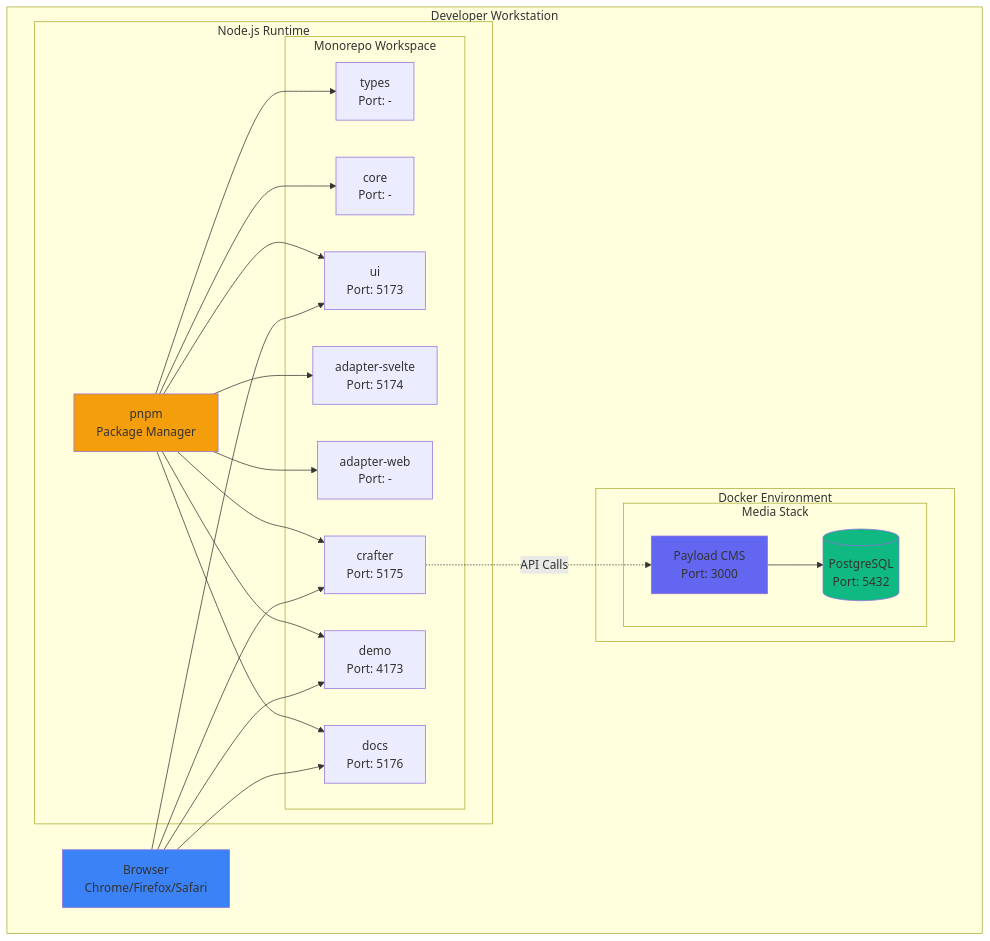
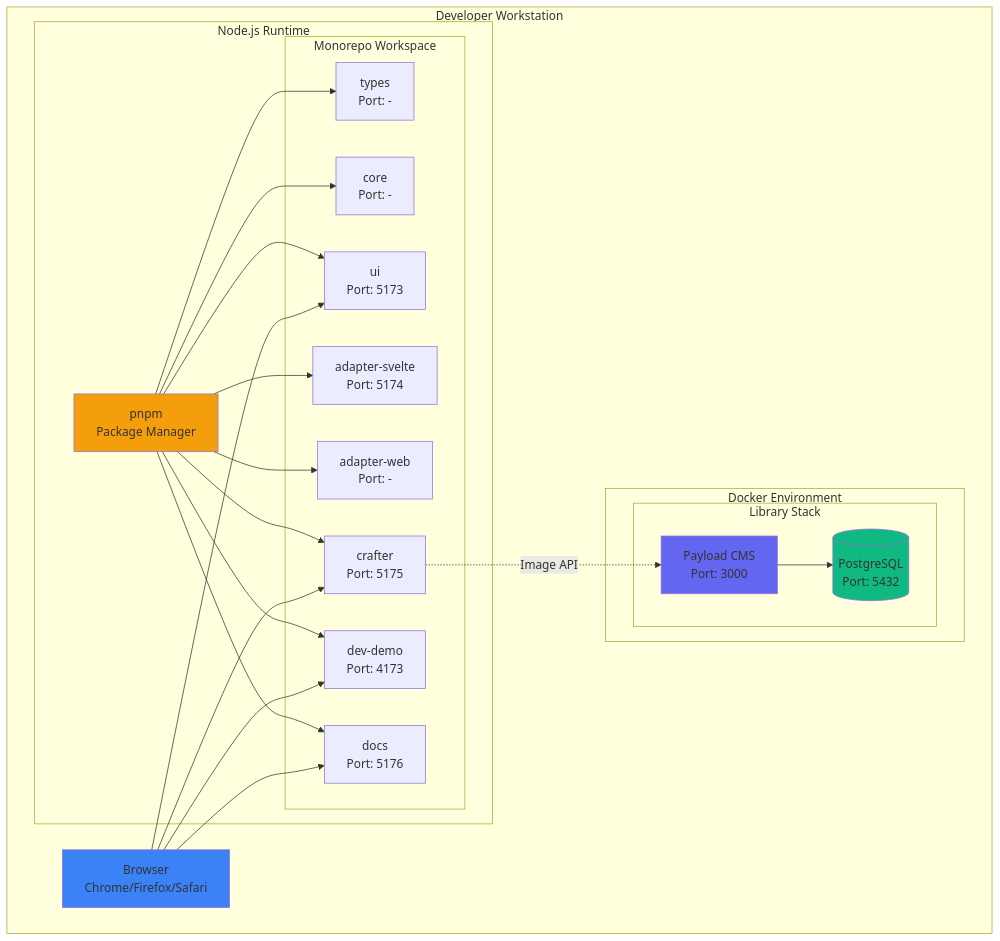
One commit to mainzcript/ujl changed the second of 12 diagrams in apps/docs/src/arc42/07-deployment-view.md. Above: the diagram before and after it, drawn with Mermaid. The commit also changed other lines of this file and 21 other files, not shown here.

Commit message:
refactor: update documentation to rename media terminology to image, clarify storage modes, and enhance consistency across architecture sections, including examples and API references

````diff
--- a/apps/docs/src/arc42/07-deployment-view.md
+++ b/apps/docs/src/arc42/07-deployment-view.md
@@ -67,50 +67,50 @@
 ```mermaid
 graph TB
     subgraph "Developer Workstation"
         subgraph "Node.js Runtime"
             PNPM[pnpm<br/>Package Manager]
 
             subgraph "Monorepo Workspace"
                 Types[types<br/>Port: -]
                 Core[core<br/>Port: -]
                 UI[ui<br/>Port: 5173]
                 AdapterSvelte[adapter-svelte<br/>Port: 5174]
                 AdapterWeb[adapter-web<br/>Port: -]
                 Crafter[crafter<br/>Port: 5175]
-                Demo[demo<br/>Port: 4173]
+                DevDemo[dev-demo<br/>Port: 4173]
                 Docs[docs<br/>Port: 5176]
             end
         end
 
         subgraph "Docker Environment"
-            subgraph "Media Stack"
+            subgraph "Library Stack"
                 Payload[Payload CMS<br/>Port: 3000]
                 Postgres[(PostgreSQL<br/>Port: 5432)]
             end
         end
 
         Browser[Browser<br/>Chrome/Firefox/Safari]
     end
 
     PNPM --> Types
     PNPM --> Core
     PNPM --> UI
     PNPM --> AdapterSvelte
     PNPM --> AdapterWeb
     PNPM --> Crafter
-    PNPM --> Demo
+    PNPM --> DevDemo
     PNPM --> Docs
 
     Payload --> Postgres
 
     Browser --> UI
     Browser --> Crafter
-    Browser --> Demo
+    Browser --> DevDemo
     Browser --> Docs
-    Crafter -.->|API Calls| Payload
+    Crafter -.->|Image API| Payload
 
     style PNPM fill:#f59e0b
     style Browser fill:#3b82f6
     style Payload fill:#6366f1
     style Postgres fill:#10b981
 ```
````
